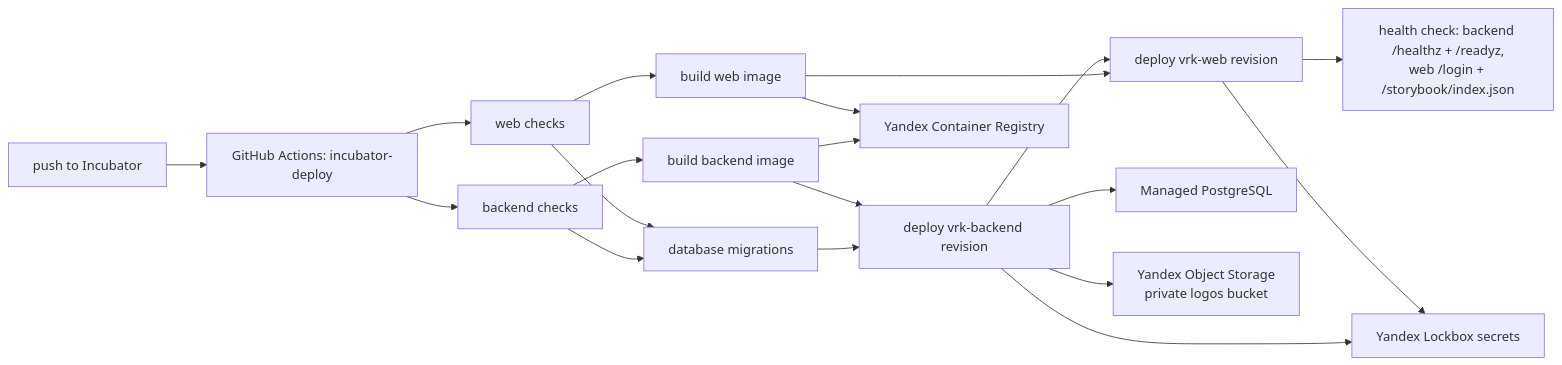
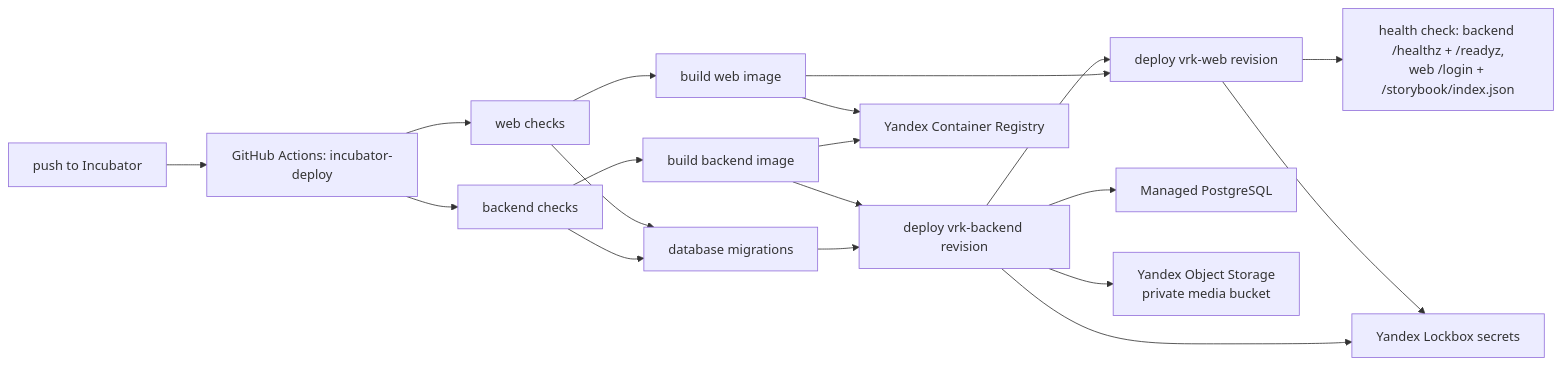
One commit to vrk-app/vrk changed the first of 2 diagrams in docs/architecture/yandex-cloud-incubator-deployment.md. Above: the diagram before and after it, drawn with Mermaid. The commit also changed other lines of this file and 192 other files, not shown here.

First line of the commit message:
feat(app): add equipment photos and journal flows

````diff
--- a/docs/architecture/yandex-cloud-incubator-deployment.md
+++ b/docs/architecture/yandex-cloud-incubator-deployment.md
@@ -79,21 +79,21 @@
 ```mermaid
 flowchart LR
     A["push to Incubator"] --> B["GitHub Actions: incubator-deploy"]
     B --> C["backend checks"]
     B --> D["web checks"]
     C --> E["database migrations"]
     D --> E
     C --> F["build backend image"]
     D --> G["build web image"]
     E --> H["deploy vrk-backend revision"]
     F --> H
     G --> I["deploy vrk-web revision"]
     H --> I
     I --> J["health check: backend /healthz + /readyz,<br/>web /login + /storybook/index.json"]
     F --> K["Yandex Container Registry"]
     G --> K
     H --> L["Yandex Lockbox secrets"]
     I --> L
     H --> M["Managed PostgreSQL"]
-    H --> N["Yandex Object Storage<br/>private logos bucket"]
+    H --> N["Yandex Object Storage<br/>private media bucket"]
 ```
````
